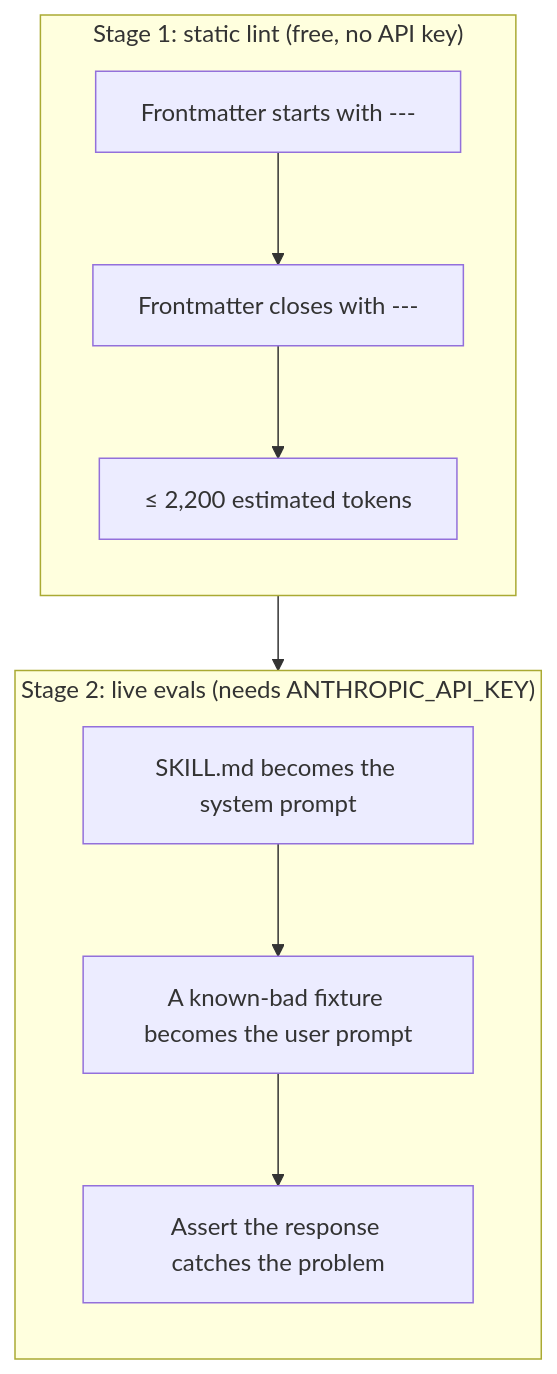
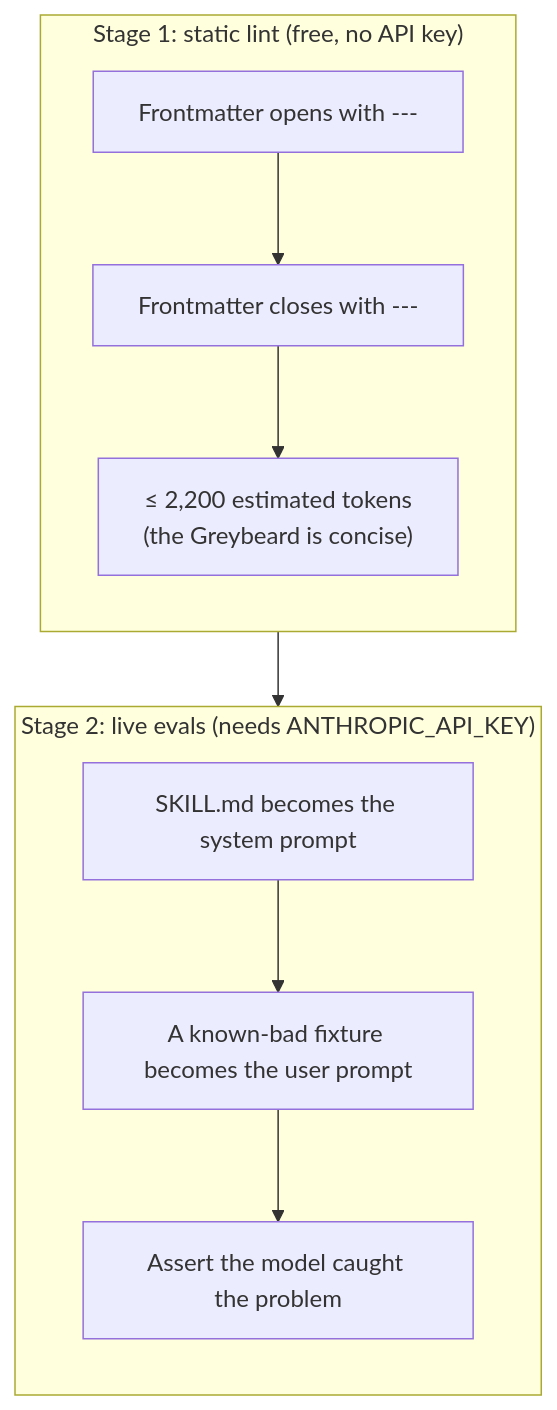
Before and after one commit to drarnold/greybeard: the fourth of 4 diagrams in README.md, drawn with Mermaid. The commit also changed other lines of this file, not shown here.

Commit message:
Rewrite README in greybeard voice

````diff
--- a/README.md
+++ b/README.md
@@ -122,12 +144,12 @@
 ```mermaid
 flowchart TD
     subgraph S1["Stage 1: static lint (free, no API key)"]
         direction TB
-        a1["Frontmatter starts with ---"] --> a2["Frontmatter closes with ---"] --> a3["≤ 2,200 estimated tokens"]
+        a1["Frontmatter opens with ---"] --> a2["Frontmatter closes with ---"] --> a3["≤ 2,200 estimated tokens<br/>(the Greybeard is concise)"]
     end
     subgraph S2["Stage 2: live evals (needs ANTHROPIC_API_KEY)"]
         direction TB
-        b1["SKILL.md becomes the system prompt"] --> b2["A known-bad fixture becomes the user prompt"] --> b3["Assert the response catches the problem"]
+        b1["SKILL.md becomes the system prompt"] --> b2["A known-bad fixture becomes the user prompt"] --> b3["Assert the model caught the problem"]
     end
     S1 --> S2
 ```
````
